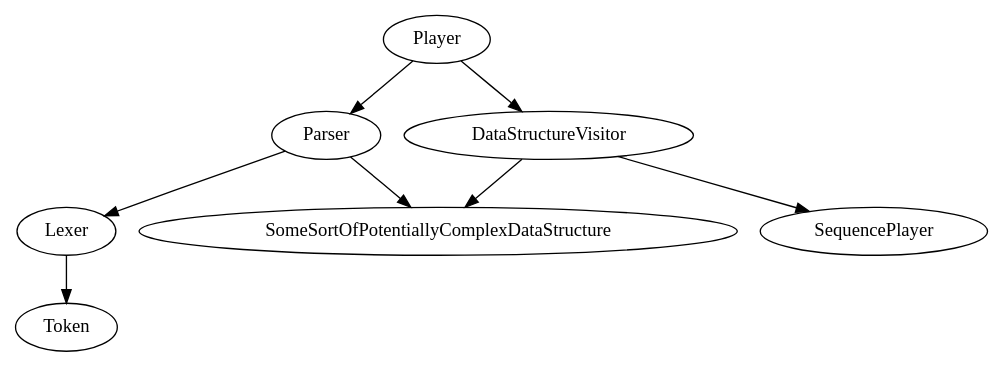
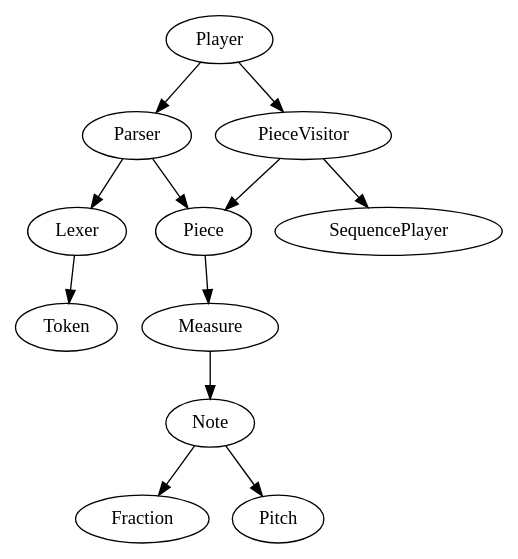
One commit to Zomega/abcplayer changed the diagram in design/woursler/classes.dot. Above: the diagram before and after it, drawn with Graphviz. The commit also changed 1 other file, not shown here.

Commit message:
Updates Dependancy graph to match data structure discussion.

```diff
--- a/design/woursler/classes.dot
+++ b/design/woursler/classes.dot
@@ -1,16 +1,18 @@
 // A very rough sketch of dependancies.
 // A -> B means that the class A in some way requires B to function fully.
 // A -> B neither implies B -> A or not B -> A
 
 // This document is rough and subject to tons of change.
 
 digraph Classes {
 	// Parsing Chain...
 	Parser -> Lexer -> Token;
 	// Data Structure...
-	Parser -> SomeSortOfPotentiallyComplexDataStructure;
-	DataStructureVisitor -> SomeSortOfPotentiallyComplexDataStructure;
+	Parser -> Piece;
+	PieceVisitor -> Piece;
+	Piece->Measure->Note-> Fraction;
+	Note->Pitch
 	// Player.
 	Player -> Parser;
-	Player -> DataStructureVisitor -> SequencePlayer;
+	Player -> PieceVisitor -> SequencePlayer;
 }
```
